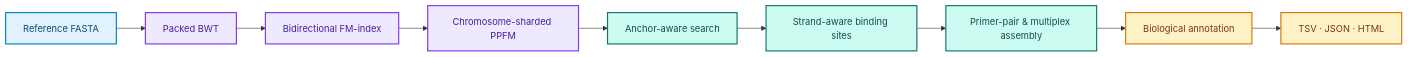
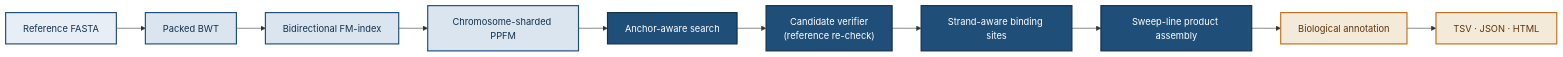
The diagram in README.md (AyhanKutukcu/OligoScout), drawn with Mermaid before and after one commit. The commit also changed other lines of this file and 5 other files, not shown here.

````diff
--- a/README.md
+++ b/README.md
@@ -108,20 +204,21 @@
 ```mermaid
 flowchart LR
     A["Reference FASTA"] --> B["Packed BWT"]
     B --> C["Bidirectional FM-index"]
     C --> D["Chromosome-sharded PPFM"]
     D --> E["Anchor-aware search"]
-    E --> F["Strand-aware binding sites"]
-    F --> G["Primer-pair & multiplex assembly"]
-    G --> H["Biological annotation"]
-    H --> I["TSV · JSON · HTML"]
+    E --> F["Candidate verifier<br/>(reference re-check)"]
+    F --> G["Strand-aware binding sites"]
+    G --> H["Sweep-line product assembly"]
+    H --> I["Biological annotation"]
+    I --> J["TSV · JSON · HTML"]
 
-    classDef input fill:#e0f2fe,stroke:#0284c7,color:#0c4a6e,stroke-width:2px;
-    classDef index fill:#ede9fe,stroke:#7c3aed,color:#4c1d95,stroke-width:2px;
-    classDef search fill:#ccfbf1,stroke:#0f766e,color:#134e4a,stroke-width:2px;
-    classDef output fill:#fef3c7,stroke:#d97706,color:#78350f,stroke-width:2px;
+    classDef input fill:#e8eef5,stroke:#1f4e79,color:#12314d,stroke-width:2px;
+    classDef index fill:#dbe5f0,stroke:#1f4e79,color:#12314d,stroke-width:2px;
+    classDef search fill:#1f4e79,stroke:#12314d,color:#ffffff,stroke-width:2px;
+    classDef output fill:#f4ead9,stroke:#c2701c,color:#5c3406,stroke-width:2px;
     class A input;
     class B,C,D index;
-    class E,F,G search;
-    class H,I output;
+    class E,F,G,H search;
+    class I,J output;
 ```
````
